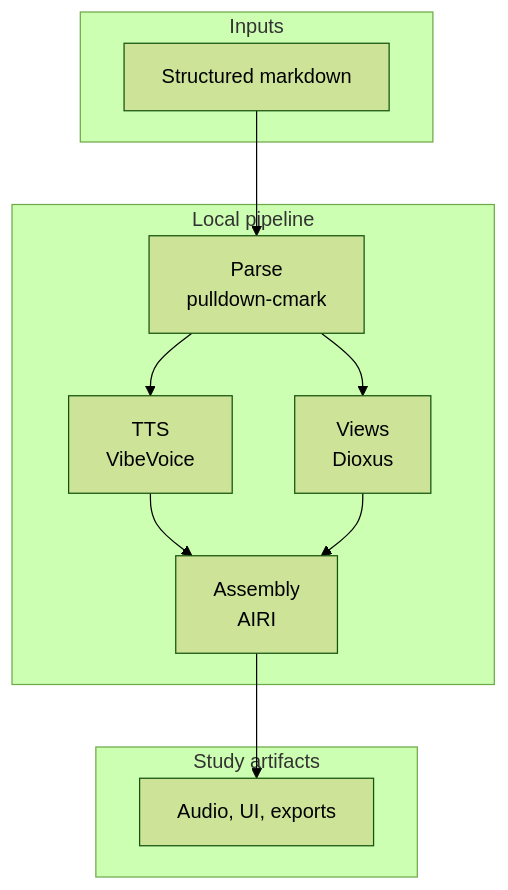
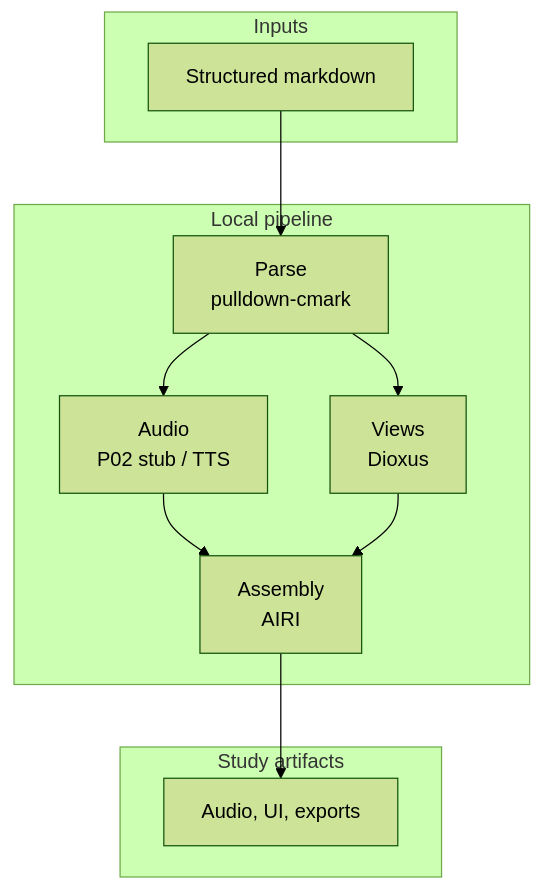
Before and after one commit to RoyPiring/agentic-systems-engineering: the diagram in engineering-systems/multimodal-knowledge-artifact-factory/architecture.md, drawn with Mermaid (forest theme). The commit also changed other lines of this file and 3 other files, not shown here.

````diff
--- a/engineering-systems/multimodal-knowledge-artifact-factory/architecture.md
+++ b/engineering-systems/multimodal-knowledge-artifact-factory/architecture.md
@@ -11,21 +11,21 @@
 ```mermaid
 flowchart TB
   subgraph inputs["Inputs"]
     MD["Structured markdown"]
   end
   subgraph pipeline["Local pipeline"]
     PARSE["Parse\npulldown-cmark"]
-    AUDIO["TTS\nVibeVoice"]
+    AUDIO["Audio\nP02 stub / TTS"]
     UI["Views\nDioxus"]
     ASSEMBLE["Assembly\nAIRI"]
   end
   subgraph outputs["Study artifacts"]
     O["Audio, UI, exports"]
   end
   MD --> PARSE
   PARSE --> AUDIO
   PARSE --> UI
   AUDIO --> ASSEMBLE
   UI --> ASSEMBLE
   ASSEMBLE --> O
 ```
````
